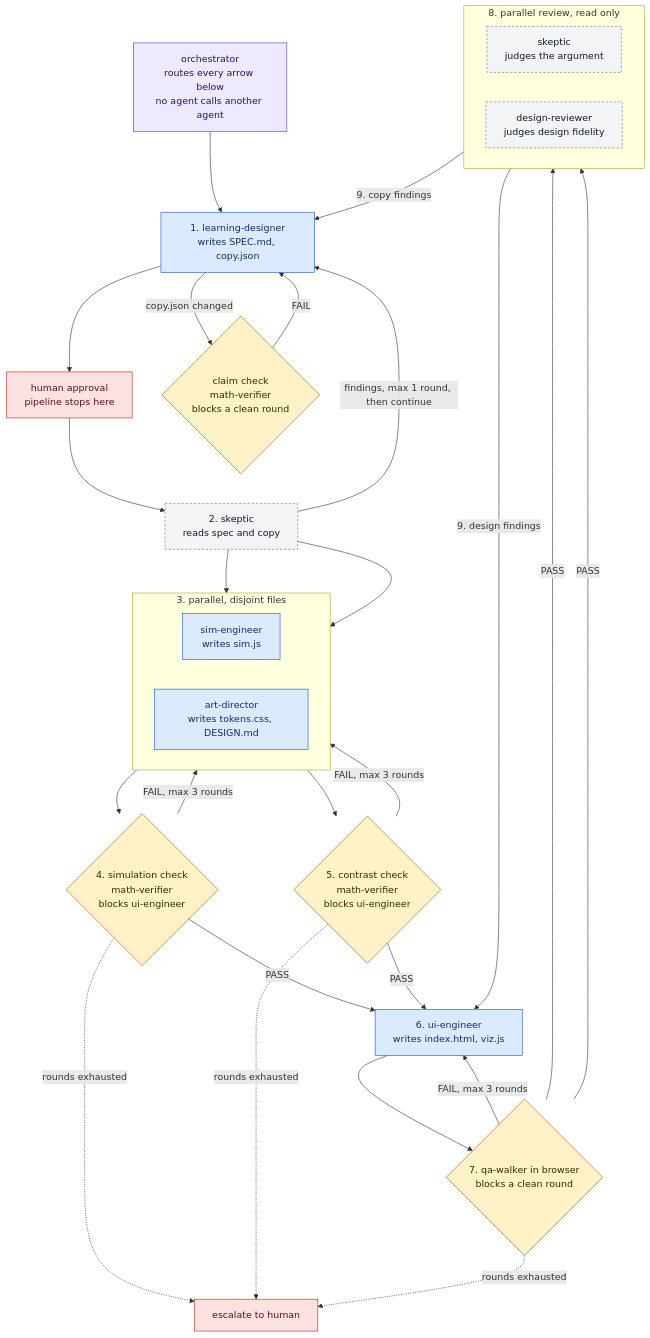
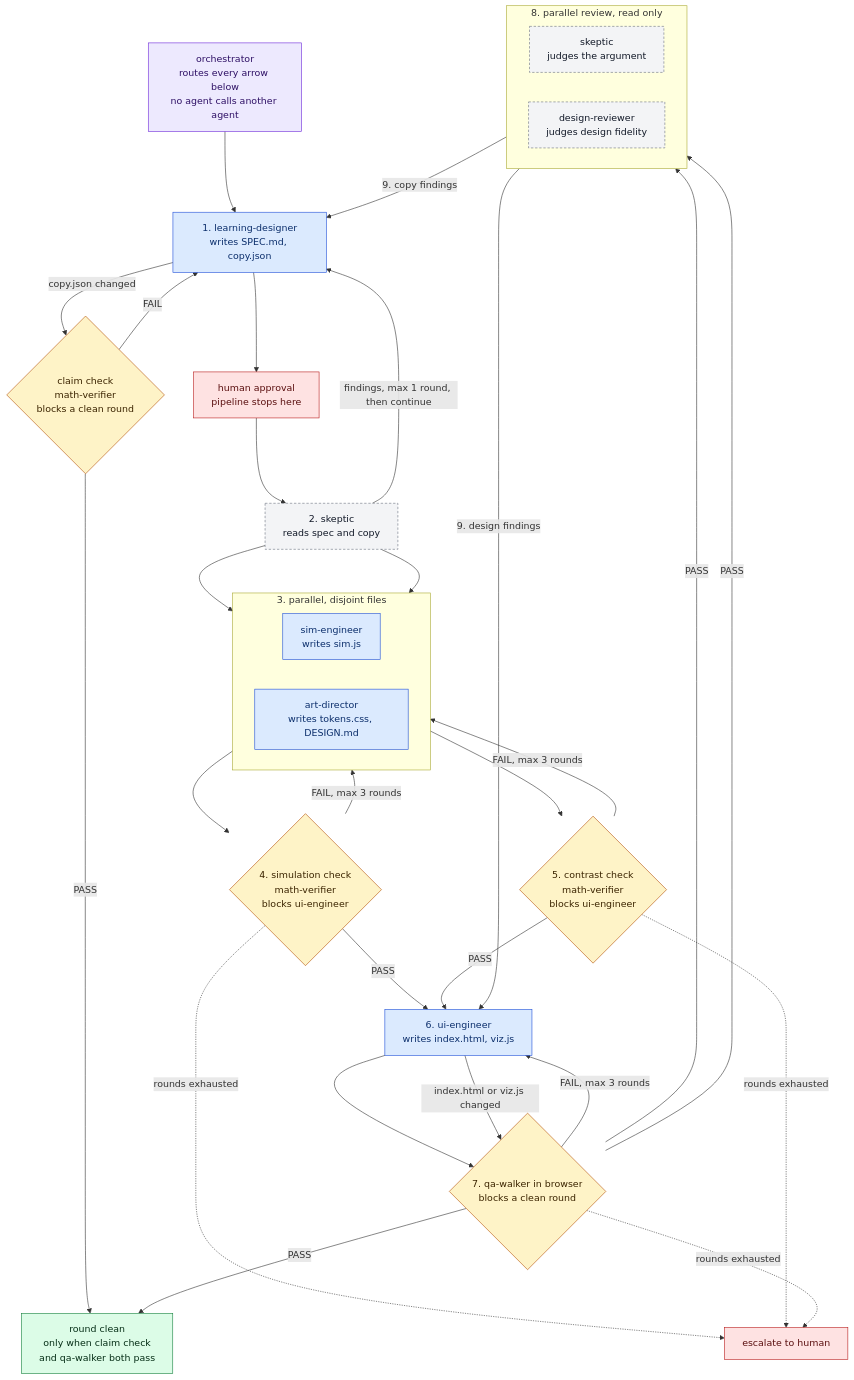
One commit to gabriel-dg/agent-software-factory changed the second of 2 diagrams in README.md. Above: the diagram before and after it, drawn with Mermaid.

Commit message:
Fix two gaps in the README pipeline diagram
The claim check had only a FAIL branch and rendered as a dead end; it now
has a PASS branch into a "round clean" node, which the qa-walker gate also
feeds on PASS. Added the ui-engineer back edge to the qa-walker gate,
labeled "index.html or viz.js changed", so re-verification is drawn
symmetrically with the copy.json loop and matches what step 10 states.

Claude-Session: https://claude.ai/code/session_01QKTPr9Gnbxrf8KMuMxWLzf

````diff
--- a/README.md
+++ b/README.md
@@ -142,52 +142,57 @@
 ```mermaid
 flowchart TD
     ORCH["orchestrator<br/>routes every arrow below<br/>no agent calls another agent"]:::orch
     ORCH --> LD
 
     LD["1. learning-designer<br/>writes SPEC.md, copy.json"]:::writer
     LD --> HUMAN1["human approval<br/>pipeline stops here"]:::human
     HUMAN1 --> SK1["2. skeptic<br/>reads spec and copy"]:::readonly
     SK1 -->|"findings, max 1 round, then continue"| LD
     SK1 --> SE
     SK1 --> AD
 
     subgraph STEP3["3. parallel, disjoint files"]
       direction LR
       SE["sim-engineer<br/>writes sim.js"]:::writer
       AD["art-director<br/>writes tokens.css, DESIGN.md"]:::writer
     end
 
     SE --> G1{"4. simulation check<br/>math-verifier<br/>blocks ui-engineer"}:::gate
     AD --> G2{"5. contrast check<br/>math-verifier<br/>blocks ui-engineer"}:::gate
     G1 -->|"FAIL, max 3 rounds"| SE
     G2 -->|"FAIL, max 3 rounds"| AD
     G1 -->|PASS| UI
     G2 -->|PASS| UI
 
     UI["6. ui-engineer<br/>writes index.html, viz.js"]:::writer
     UI --> G3{"7. qa-walker in browser<br/>blocks a clean round"}:::gate
+    UI -->|"index.html or viz.js changed"| G3
     G3 -->|"FAIL, max 3 rounds"| UI
     G3 -->|PASS| SK2
     G3 -->|PASS| DR
 
     subgraph STEP8["8. parallel review, read only"]
       direction LR
       SK2["skeptic<br/>judges the argument"]:::readonly
       DR["design-reviewer<br/>judges design fidelity"]:::readonly
     end
 
     SK2 -->|"9. copy findings"| LD
     DR -->|"9. design findings"| UI
     LD -->|"copy.json changed"| G4{"claim check<br/>math-verifier<br/>blocks a clean round"}:::gate
     G4 -->|FAIL| LD
+    G4 -->|PASS| DONE
+    G3 -->|PASS| DONE
+    DONE["round clean<br/>only when claim check<br/>and qa-walker both pass"]:::done
 
     G1 -.->|"rounds exhausted"| ESC["escalate to human"]:::human
     G2 -.->|"rounds exhausted"| ESC
     G3 -.->|"rounds exhausted"| ESC
 
     classDef orch fill:#ede9fe,stroke:#6d28d9,color:#2e1065
     classDef writer fill:#dbeafe,stroke:#1d4ed8,color:#0b2e6b
     classDef readonly fill:#f3f4f6,stroke:#6b7280,color:#111827,stroke-dasharray:4 3
     classDef gate fill:#fef3c7,stroke:#b45309,color:#3b2400
     classDef human fill:#fee2e2,stroke:#b91c1c,color:#5a0f0f
+    classDef done fill:#dcfce7,stroke:#15803d,color:#052e16
 ```
````
